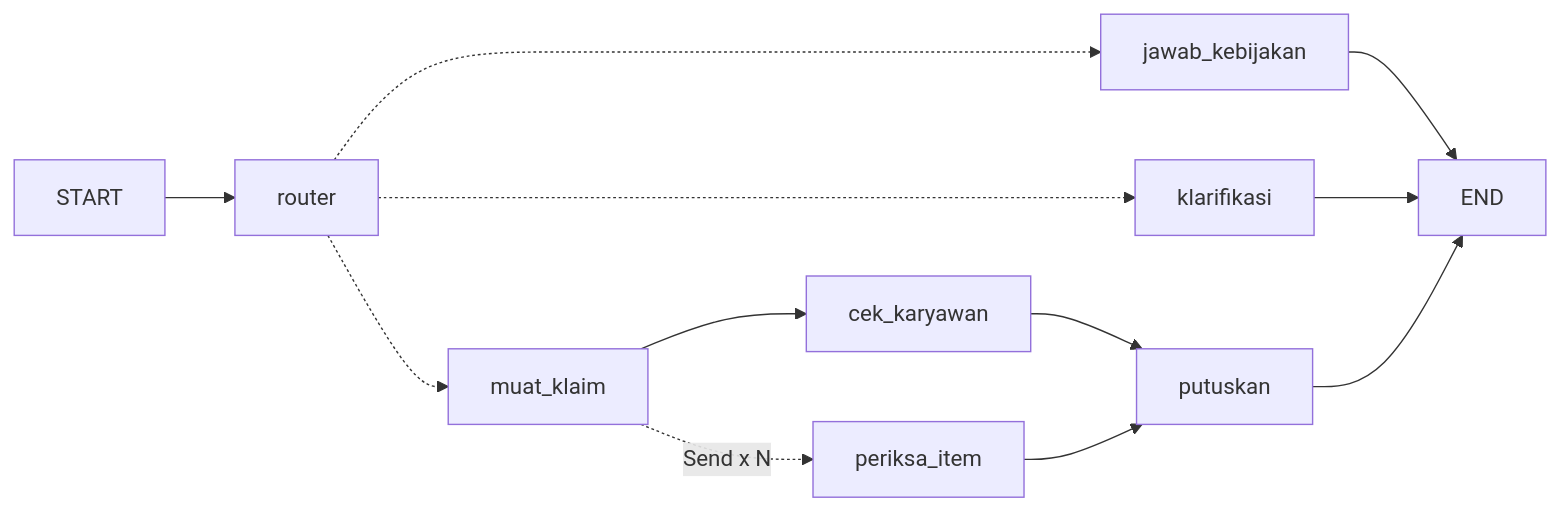
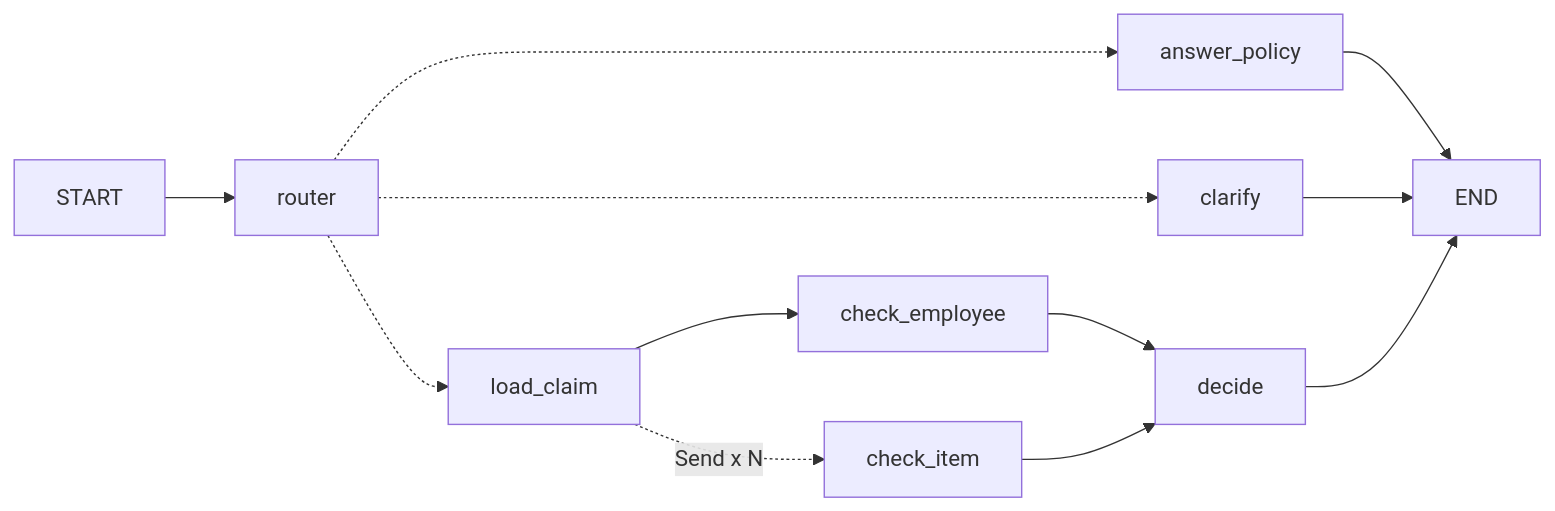
Before and after one commit to bilalbayasut/langgraph-klaim-lab: the ninth of 13 diagrams in LAB.md, drawn with Mermaid. The commit also changed other lines of this file and 78 other files, not shown here.

````diff
--- a/LAB.md
+++ b/LAB.md
@@ -3181,10 +3191,10 @@
 ```mermaid
 flowchart LR
   START --> router
-  router -.-> muat_klaim
-  router -.-> jawab_kebijakan --> END
-  router -.-> klarifikasi --> END
-  muat_klaim --> cek_karyawan --> putuskan
-  muat_klaim -.Send x N.-> periksa_item --> putuskan
-  putuskan --> END
+  router -.-> load_claim
+  router -.-> answer_policy --> END
+  router -.-> clarify --> END
+  load_claim --> check_employee --> decide
+  load_claim -.Send x N.-> check_item --> decide
+  decide --> END
 ```
````
